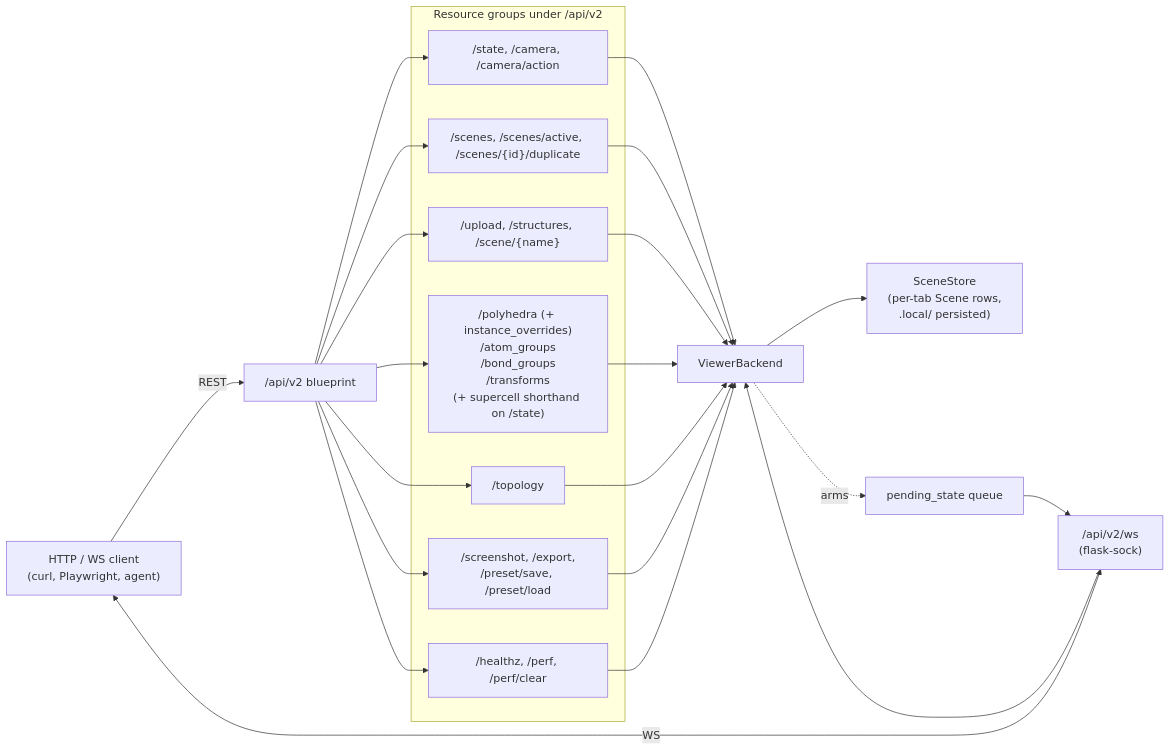
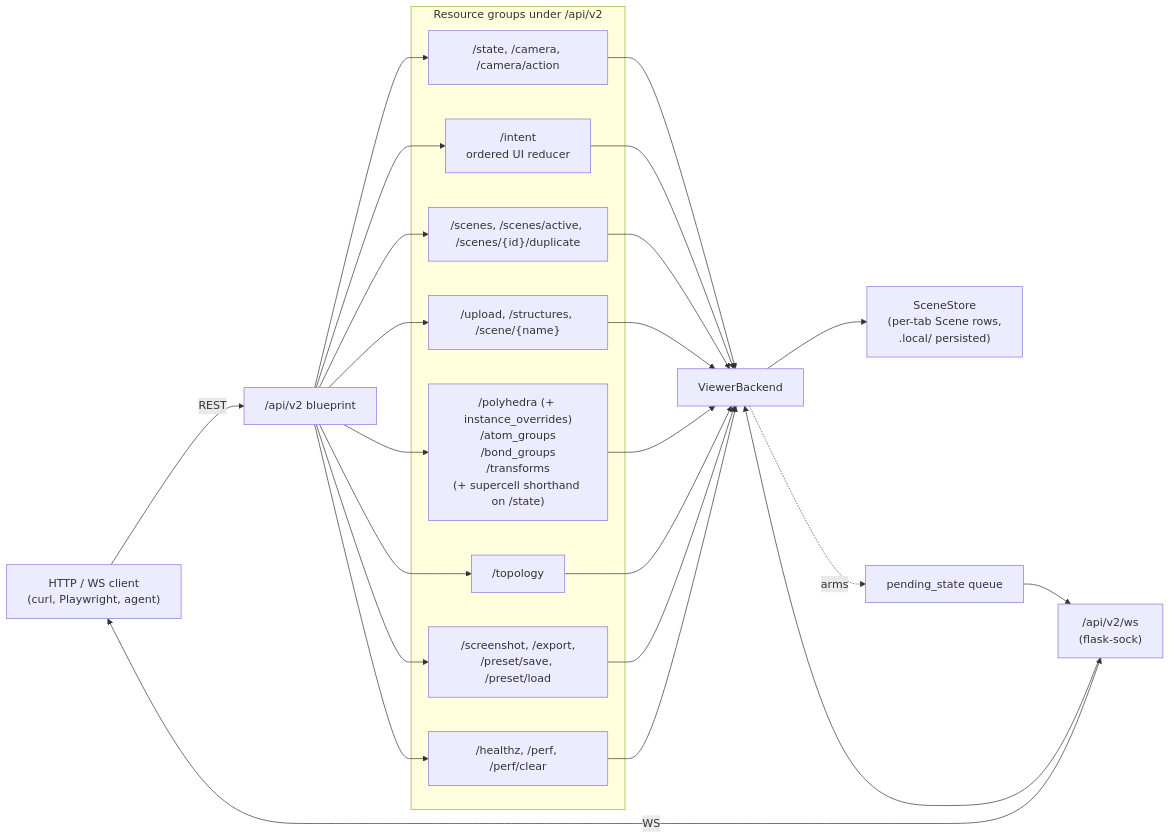
One commit to SchrodingersCattt/MatterVis changed the first of 3 diagrams in agents/dash_service.md. Above: the diagram before and after it, drawn with Mermaid. The commit also changed other lines of this file and 26 other files, not shown here.

````diff
--- a/agents/dash_service.md
+++ b/agents/dash_service.md
@@ -20,36 +22,39 @@
 ```mermaid
 flowchart LR
     CLIENT["HTTP / WS client<br/>(curl, Playwright, agent)"]
     CLIENT -->|REST| API["/api/v2 blueprint"]
     CLIENT <-->|WS| WS["/api/v2/ws<br/>(flask-sock)"]
 
     subgraph RES["Resource groups under /api/v2"]
         STATE["/state, /camera, /camera/action"]
+        INTENT["/intent<br/>ordered UI reducer"]
         SCENES["/scenes, /scenes/active, /scenes/{id}/duplicate"]
         STRUCT["/upload, /structures, /scene/{name}"]
         OVERLAY["/polyhedra (+ instance_overrides)<br/>/atom_groups<br/>/bond_groups<br/>/transforms<br/>(+ supercell shorthand on /state)"]
         TOPO["/topology"]
         EXPORT["/screenshot, /export,<br/>/preset/save, /preset/load"]
         OBS["/healthz, /perf, /perf/clear"]
     end
 
     API --> STATE
+    API --> INTENT
     API --> SCENES
     API --> STRUCT
     API --> OVERLAY
     API --> TOPO
     API --> EXPORT
     API --> OBS
 
     STATE --> BACK["ViewerBackend"]
+    INTENT --> BACK
     SCENES --> BACK
     STRUCT --> BACK
     OVERLAY --> BACK
     TOPO --> BACK
     EXPORT --> BACK
     OBS --> BACK
     WS --> BACK
     BACK --> STORE["SceneStore<br/>(per-tab Scene rows,<br/>.local/ persisted)"]
     BACK -. "arms" .-> PEND["pending_state queue"]
     PEND --> WS
 ```
````
